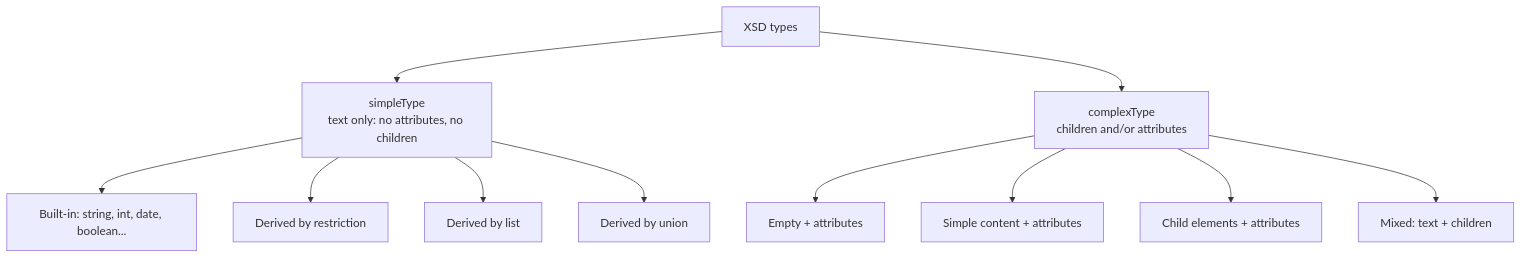
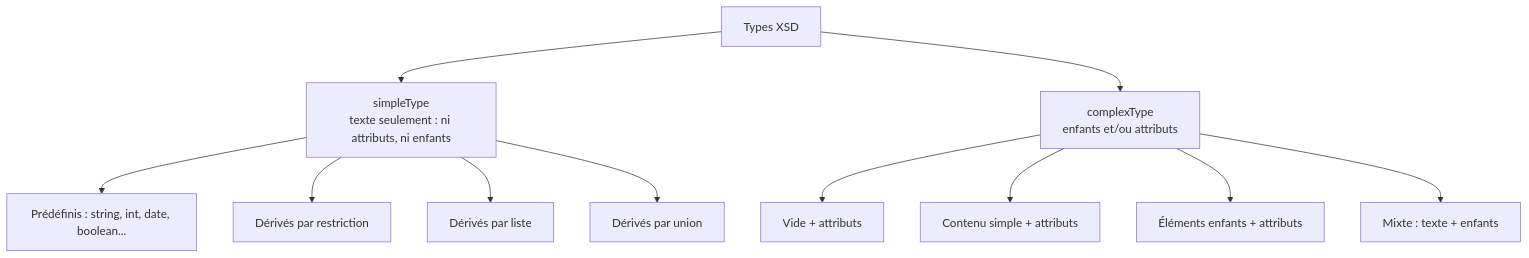
Before and after one commit to ghaithsoltani/my-courses: the sixth of 14 diagrams in SOA/XML_Technologies_Study_Guide.md, drawn with Mermaid. The commit also changed other lines of this file and 9 other files, not shown here.

````diff
--- a/SOA/XML_Technologies_Study_Guide.md
+++ b/SOA/XML_Technologies_Study_Guide.md
@@ -345,14 +345,14 @@
 ```mermaid
 graph TD
-    T[XSD types]
-    T --> S["simpleType<br/>text only: no attributes, no children"]
-    T --> C["complexType<br/>children and/or attributes"]
-    S --> S1[Built-in: string, int, date, boolean...]
-    S --> S2["Derived by restriction"]
-    S --> S3["Derived by list"]
-    S --> S4["Derived by union"]
-    C --> C1[Empty + attributes]
-    C --> C2[Simple content + attributes]
-    C --> C3[Child elements + attributes]
-    C --> C4[Mixed: text + children]
+    T[Types XSD]
+    T --> S["simpleType<br/>texte seulement : ni attributs, ni enfants"]
+    T --> C["complexType<br/>enfants et/ou attributs"]
+    S --> S1[Prédéfinis : string, int, date, boolean...]
+    S --> S2["Dérivés par restriction"]
+    S --> S3["Dérivés par liste"]
+    S --> S4["Dérivés par union"]
+    C --> C1[Vide + attributs]
+    C --> C2[Contenu simple + attributs]
+    C --> C3[Éléments enfants + attributs]
+    C --> C4[Mixte : texte + enfants]
 ```
````
